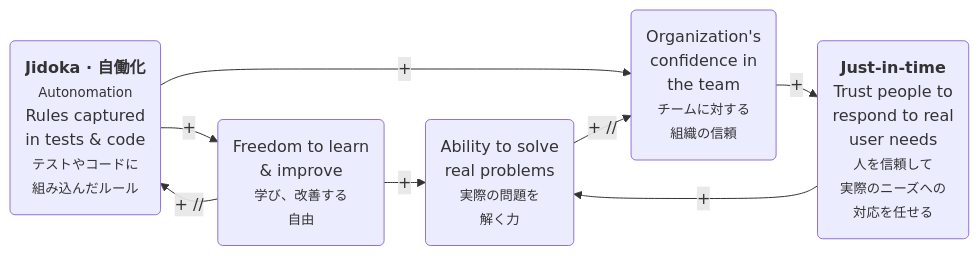
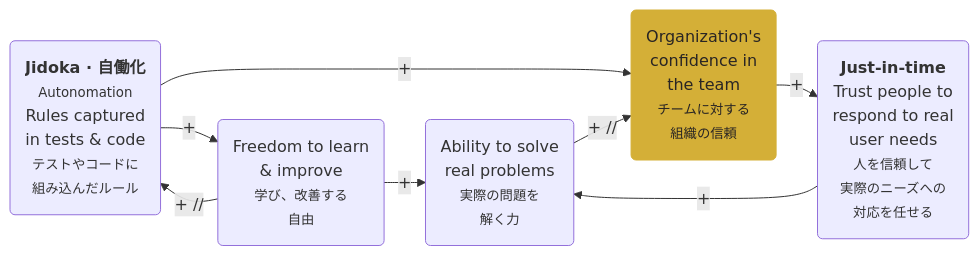
Before and after one commit to terryyin/terry-talks: the third of 3 diagrams in slides/tps-and-ai/slides.md, drawn with Mermaid.

Commit message:
Highlight organizational confidence in gold

````diff
--- a/slides/tps-and-ai/slides.md
+++ b/slides/tps-and-ai/slides.md
@@ -1415,18 +1415,19 @@
 ```mermaid
 %%{init: {'flowchart': {'rankSpacing': 28, 'nodeSpacing': 25}}}%%
 flowchart LR
   EJ(<b>Jidoka · 自働化</b><br><small>Autonomation</small><br>Rules captured<br>in tests & code<br><small>テストやコードに<br>組み込んだルール</small>)
   AA(Freedom to learn<br>& improve<br><small>学び、改善する<br>自由</small>)
   CAP(Ability to solve<br>real problems<br><small>実際の問題を<br>解く力</small>)
   WT(Organization's<br>confidence in<br>the team<br><small>チームに対する<br>組織の信頼</small>)
   PULL(<b>Just-in-time</b><br>Trust people to<br>respond to real<br>user needs<br><small>人を信頼して<br>実際のニーズへの<br>対応を任せる</small>)
 
   EJ -->|"+"| AA
   AA -->|"+ //"| EJ
   AA -->|"+"| CAP
   EJ -->|"+"| WT
   CAP -->|"+ //"| WT
   WT -->|"+"| PULL
   PULL -->|"+"| CAP
   class AA,PULL accent
+  style WT fill:#d4af37,stroke:#d4af37,color:#292524
 ```
````
